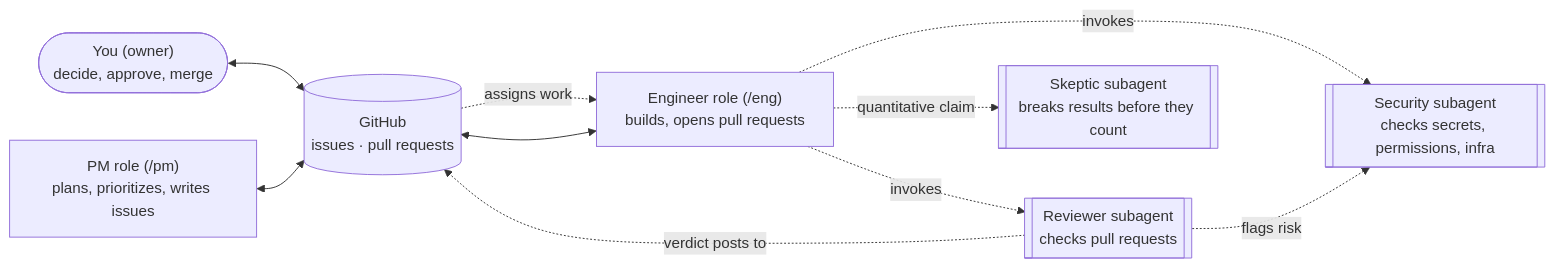
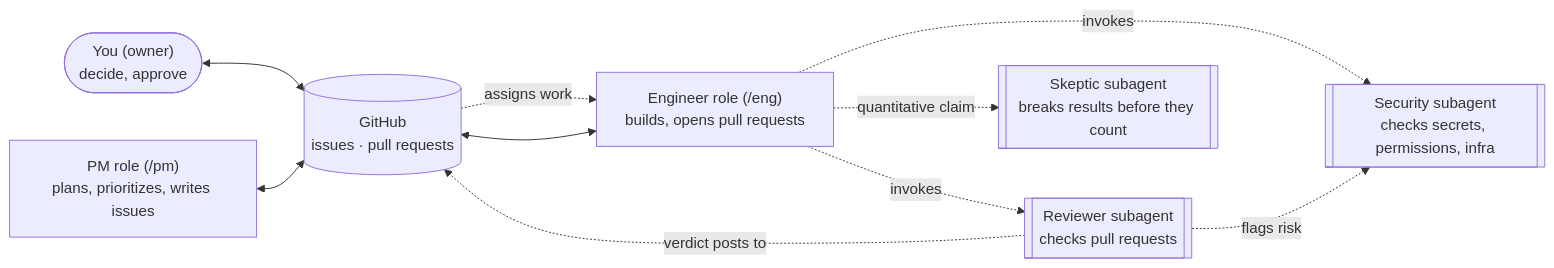
One commit to manoochehri/trazo changed the diagram in handbook/index.md. Above: the diagram before and after it, drawn with Mermaid. The commit also changed 8 other files, not shown here.

First line of the commit message:
Closes #333: front door merges by dispatching owner-merge.yml; specific workflow-dispatch denies

````diff
--- a/handbook/index.md
+++ b/handbook/index.md
@@ -51,20 +51,20 @@
 ```mermaid
 flowchart LR
-    Owner(["You (owner)<br/>decide, approve, merge"])
+    Owner(["You (owner)<br/>decide, approve"])
     PM["PM role (/pm)<br/>plans, prioritizes, writes issues"]
     Engineer["Engineer role (/eng)<br/>builds, opens pull requests"]
     Reviewer[["Reviewer subagent<br/>checks pull requests"]]
     Security[["Security subagent<br/>checks secrets, permissions, infra"]]
     Skeptic[["Skeptic subagent<br/>breaks results before they count"]]
     GitHub[("GitHub<br/>issues · pull requests")]
 
     Owner <--> GitHub
     PM <--> GitHub
     Engineer <--> GitHub
     GitHub -.->|assigns work| Engineer
     Engineer -.->|invokes| Reviewer
     Engineer -.->|invokes| Security
     Engineer -.->|quantitative claim| Skeptic
     Reviewer -.->|verdict posts to| GitHub
     Reviewer -.->|flags risk| Security
 ```
````
